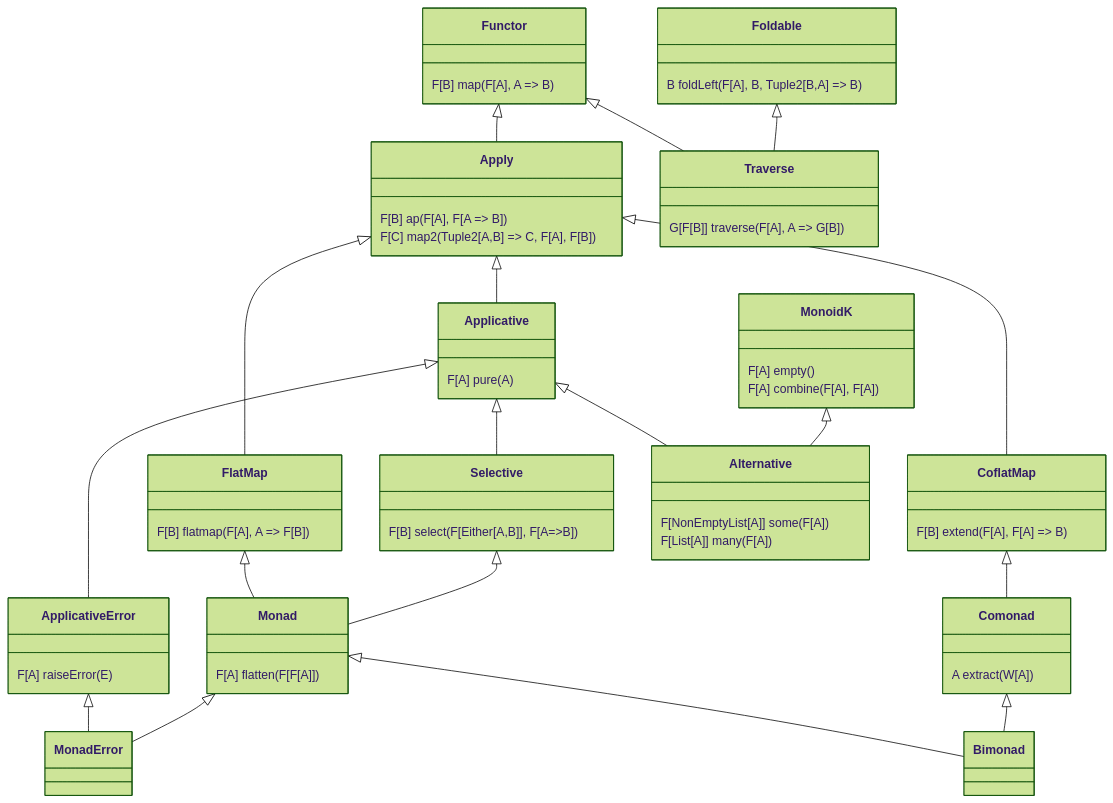
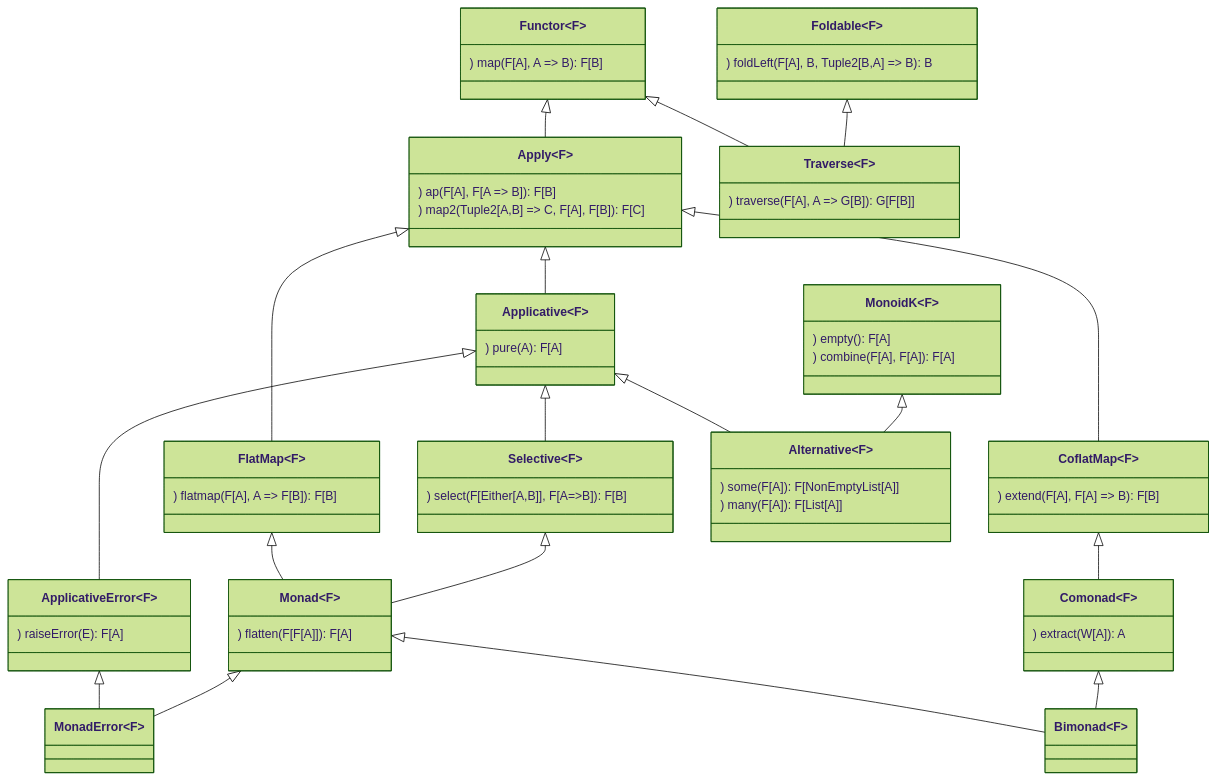
The diagram in README.MD (lemastero/scala_typeclassopedia), drawn with Mermaid (forest theme) before and after one commit. The commit also changed 4 other files, not shown here.

Commit message:
add type parameters to mermaid diagrams using ~

````diff
--- a/README.MD
+++ b/README.MD
@@ -222,61 +222,63 @@
 ```mermaid
 classDiagram
-   Functor <|-- Apply
-   Apply <|-- FlatMap
-   Functor <|-- Traverse
-   Foldable <|-- Traverse
-   FlatMap <|-- Monad
-   Apply <|-- Applicative
-   Apply <|-- CoflatMap
-   CoflatMap <|-- Comonad
-   Applicative <|-- Selective
+   Functor~F~ <|-- Apply~F~
+   Apply <|-- FlatMap~F~
+   Functor <|-- Traverse~F~
+   Foldable~F~ <|-- Traverse
+   FlatMap~F~ <|-- Monad~F~
+   Apply~F~ <|-- Applicative~F~
+   Apply <|-- CoflatMap~F~
+   CoflatMap <|-- Comonad~F~
+   Applicative <|-- Selective~F~
    Selective <|-- Monad
-   Applicative <|-- Alternative
-   MonoidK <|-- Alternative
-   Applicative <|-- ApplicativeError
-   ApplicativeError <|-- MonadError
+   Applicative <|-- Alternative~F~
+   MonoidK~F~ <|-- Alternative
+   Applicative <|-- ApplicativeError~F~
+   ApplicativeError <|-- MonadError~F~
    Monad <|-- MonadError
-   Monad <|-- Bimonad
+   Monad <|-- Bimonad~F~
    Comonad <|-- Bimonad
 
-   Functor : F[B] map(F[A], A => B)
+   class Functor {
+     ) map(F[A], A => B): F[B]
+   }
    class Foldable {
-      B foldLeft(F[A], B, Tuple2[B,A] => B)
+     ) foldLeft(F[A], B, Tuple2[B,A] => B): B
    }
    class Traverse {
-      G[F[B]] traverse(F[A], A => G[B])
+     ) traverse(F[A], A => G[B]): G[F[B]]
    }
    class Apply {
-     F[B] ap(F[A], F[A => B]) 
-     F[C] map2(Tuple2[A,B] => C, F[A], F[B])
+     ) ap(F[A], F[A => B]): F[B]
+     ) map2(Tuple2[A,B] => C, F[A], F[B]): F[C]
    }
    class Applicative {
-     F[A] pure(A)
+     ) pure(A): F[A]
    }
    class Selective {
-      F[B] select(F[Either[A,B]], F[A=>B])
+     ) select(F[Either[A,B]], F[A=>B]): F[B]
    }
    class FlatMap {
-     F[B] flatmap(F[A], A => F[B])
+     ) flatmap(F[A], A => F[B]): F[B]
    }
    class Monad {
-     F[A] flatten(F[F[A]])
+     ) flatten(F[F[A]]): F[A]
    }
    class ApplicativeError {
-      F[A] raiseError(E)
+     ) raiseError(E): F[A]
    }
    class CoflatMap {
-      F[B] extend(F[A], F[A] => B)
+     ) extend(F[A], F[A] => B): F[B]
    }
    class Comonad {
-      A extract(W[A])
+     ) extract(W[A]): A
    }
    class MonoidK {
-     F[A] empty()
-     F[A] combine(F[A], F[A])
+     ) empty(): F[A]
+     ) combine(F[A], F[A]): F[A]
    }
    class Alternative {
-     F[NonEmptyList[A]] some(F[A])
-     F[List[A]] many(F[A])
+     ) some(F[A]): F[NonEmptyList[A]]
+     ) many(F[A]): F[List[A]]
    }
 ```
````
